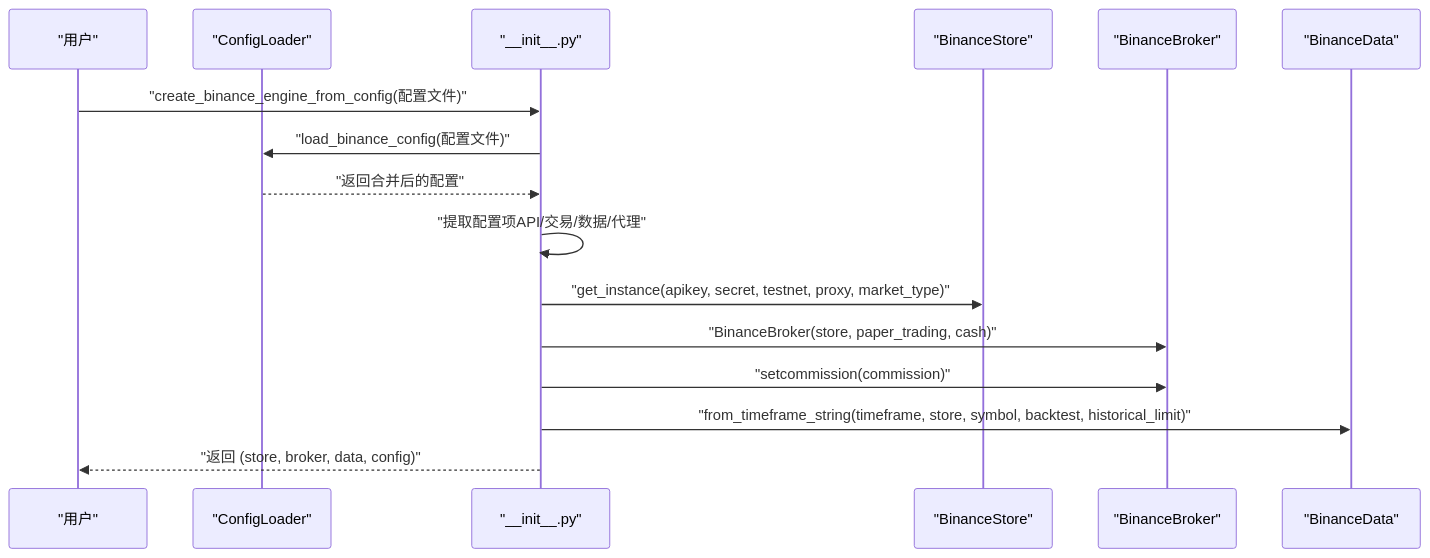
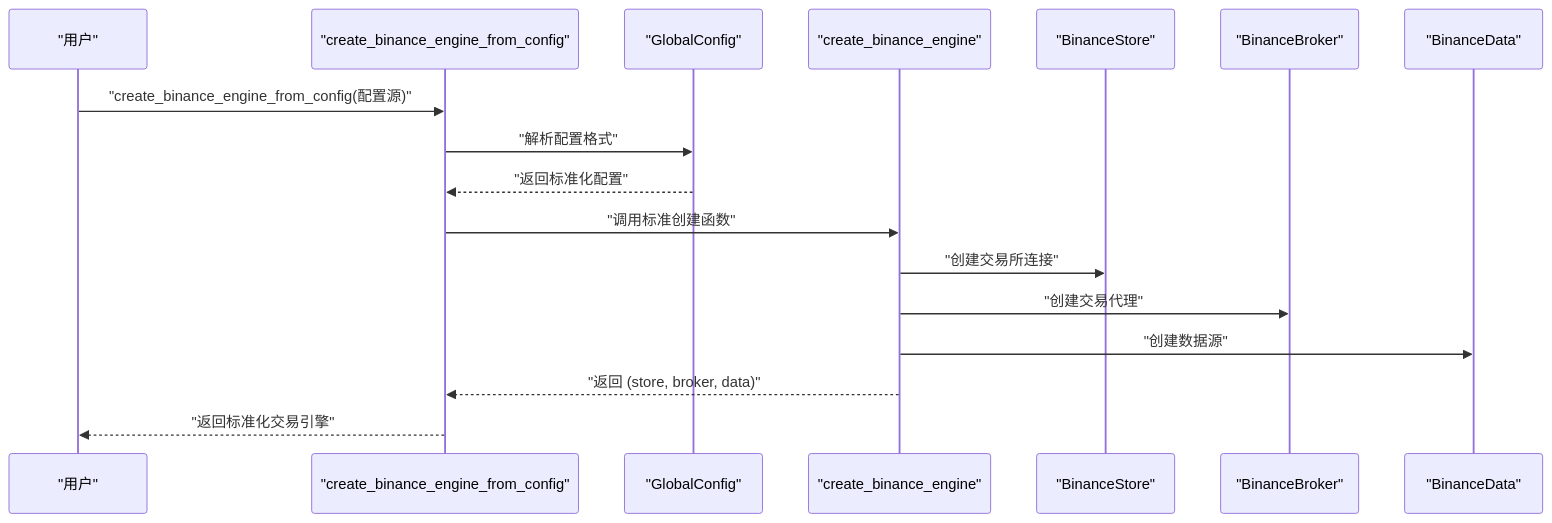
Before and after one commit to bench-prog/backtrader: the second of 5 diagrams in .qoder/repowiki/zh/content/实盘交易模块/Binance交易所集成/配置管理系统.md, drawn with Mermaid. The commit also changed other lines of this file and 4 other files, not shown here.

````diff
--- a/.qoder/repowiki/zh/content/实盘交易模块/Binance交易所集成/配置管理系统.md
+++ b/.qoder/repowiki/zh/content/实盘交易模块/Binance交易所集成/配置管理系统.md
@@ -96,18 +101,19 @@
 ```mermaid
 sequenceDiagram
 participant User as "用户"
-participant Loader as "ConfigLoader"
-participant Init as "__init__.py"
+participant Factory as "create_binance_engine_from_config"
+participant Config as "GlobalConfig"
+participant Engine as "create_binance_engine"
 participant Store as "BinanceStore"
 participant Broker as "BinanceBroker"
 participant Data as "BinanceData"
-User->>Init : "create_binance_engine_from_config(配置文件)"
-Init->>Loader : "load_binance_config(配置文件)"
-Loader-->>Init : "返回合并后的配置"
-Init->>Init : "提取配置项API/交易/数据/代理"
-Init->>Store : "get_instance(apikey, secret, testnet, proxy, market_type)"
-Init->>Broker : "BinanceBroker(store, paper_trading, cash)"
-Init->>Broker : "setcommission(commission)"
-Init->>Data : "from_timeframe_string(timeframe, store, symbol, backtest, historical_limit)"
-Init-->>User : "返回 (store, broker, data, config)"
+User->>Factory : "create_binance_engine_from_config(配置源)"
+Factory->>Config : "解析配置格式"
+Config-->>Factory : "返回标准化配置"
+Factory->>Engine : "调用标准创建函数"
+Engine->>Store : "创建交易所连接"
+Engine->>Broker : "创建交易代理"
+Engine->>Data : "创建数据源"
+Engine-->>Factory : "返回 (store, broker, data)"
+Factory-->>User : "返回标准化交易引擎"
 ```
````
